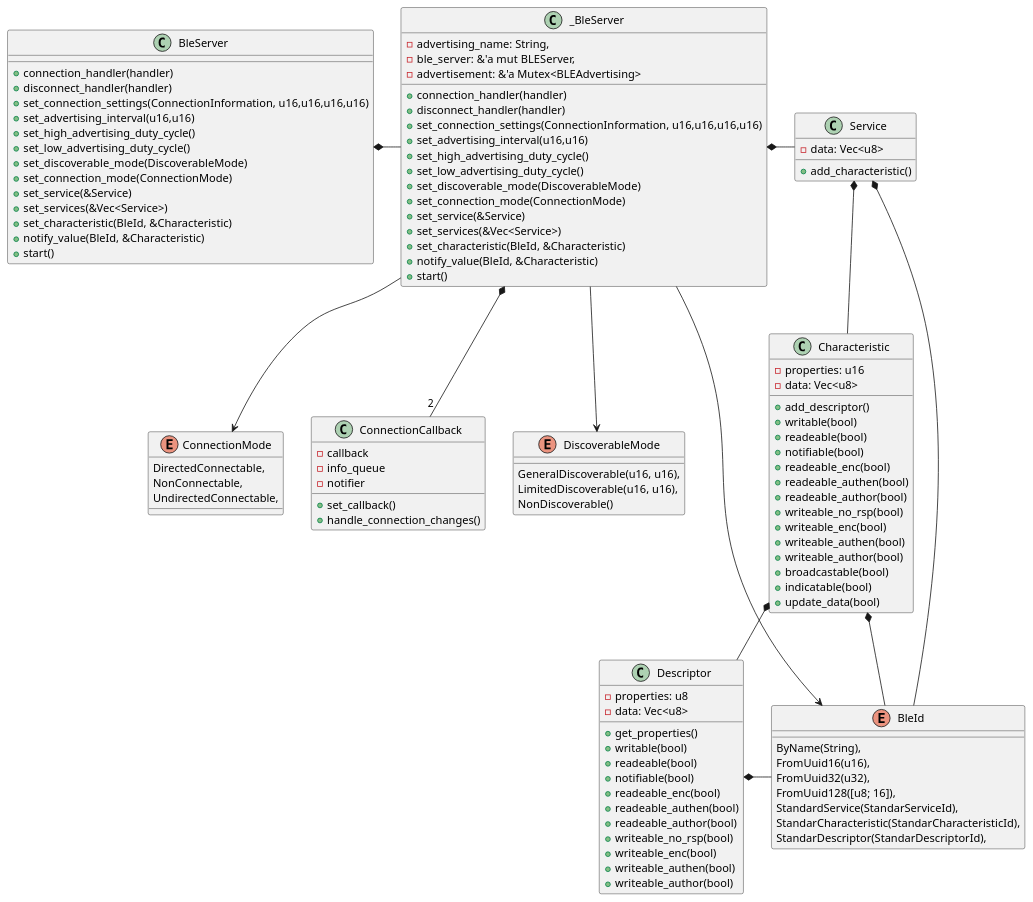
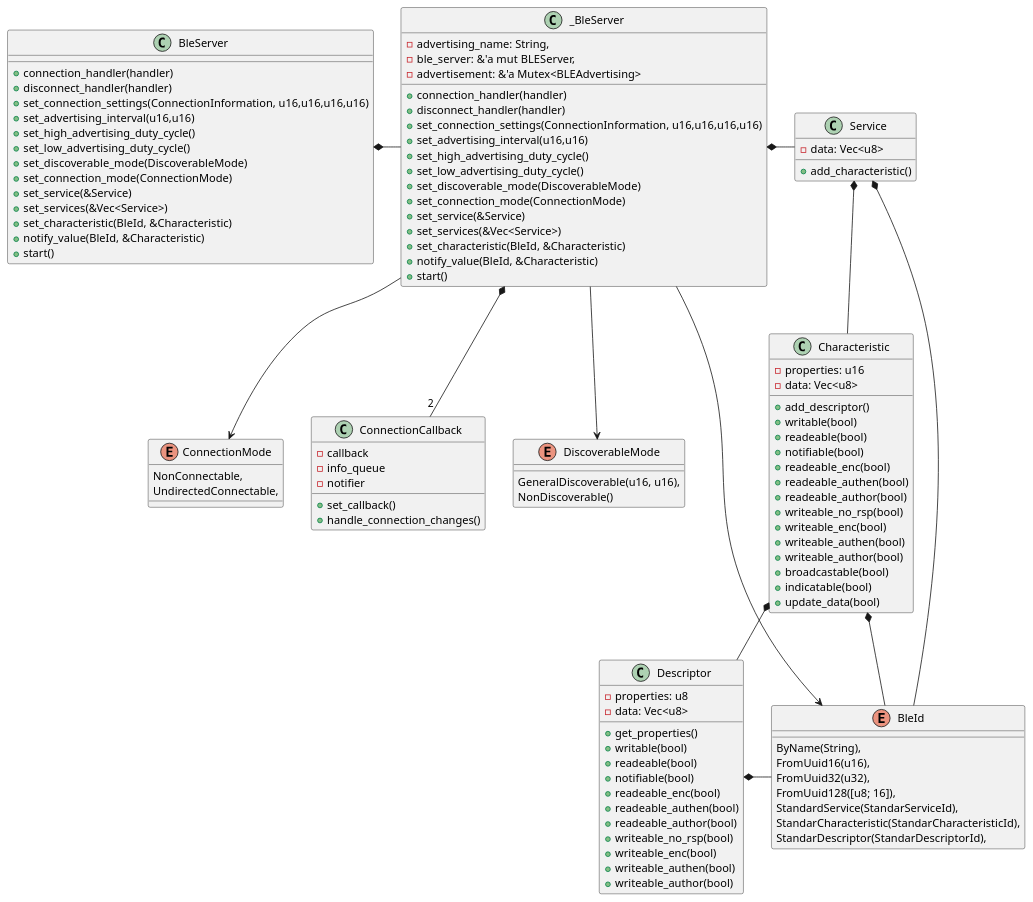
One commit to esp32framework/esp32framework changed the diagram in diagrams/ble-server.puml. Above: the diagram before and after it, drawn with PlantUML. The commit also changed 11 other files, not shown here.

```diff
--- a/diagrams/ble-server.puml
+++ b/diagrams/ble-server.puml
@@ -1,123 +1,121 @@
 @startuml Ble Server
 
 
 class BleServer{
     + connection_handler(handler)
     + disconnect_handler(handler)
     + set_connection_settings(ConnectionInformation, u16,u16,u16,u16)
     + set_advertising_interval(u16,u16)
     + set_high_advertising_duty_cycle()
     + set_low_advertising_duty_cycle()
     + set_discoverable_mode(DiscoverableMode)
     + set_connection_mode(ConnectionMode)
     + set_service(&Service)
     + set_services(&Vec<Service>)
     + set_characteristic(BleId, &Characteristic)
     + notify_value(BleId, &Characteristic)
     + start()
 }
 
 class _BleServer{
     - advertising_name: String,
     - ble_server: &'a mut BLEServer,
     - advertisement: &'a Mutex<BLEAdvertising>
     + connection_handler(handler)
     + disconnect_handler(handler)
     + set_connection_settings(ConnectionInformation, u16,u16,u16,u16)
     + set_advertising_interval(u16,u16)
     + set_high_advertising_duty_cycle()
     + set_low_advertising_duty_cycle()
     + set_discoverable_mode(DiscoverableMode)
     + set_connection_mode(ConnectionMode)
     + set_service(&Service)
     + set_services(&Vec<Service>)
     + set_characteristic(BleId, &Characteristic)
     + notify_value(BleId, &Characteristic)
     + start()
 }
 
 class ConnectionCallback{
     -callback
     -info_queue
     -notifier
     +set_callback()
     +handle_connection_changes()
 }
 
 class Service {
     - data: Vec<u8>
     + add_characteristic()
     
 } 
 
 class Characteristic{
     - properties: u16
     - data: Vec<u8>
     + add_descriptor()
     + writable(bool)
     + readeable(bool)
     + notifiable(bool)
     + readeable_enc(bool)
     + readeable_authen(bool)
     + readeable_author(bool)
     + writeable_no_rsp(bool)
     + writeable_enc(bool)
     + writeable_authen(bool)
     + writeable_author(bool)
     + broadcastable(bool)
     + indicatable(bool)
     + update_data(bool)
 }
 
 class Descriptor{
     - properties: u8
     - data: Vec<u8>
     + get_properties()
     + writable(bool)
     + readeable(bool)
     + notifiable(bool)
     + readeable_enc(bool)
     + readeable_authen(bool)
     + readeable_author(bool)
     + writeable_no_rsp(bool)
     + writeable_enc(bool)
     + writeable_authen(bool)
     + writeable_author(bool)
 }
 
 enum DiscoverableMode {
     GeneralDiscoverable(u16, u16),
-    LimitedDiscoverable(u16, u16), 
     NonDiscoverable()
 }
 
 enum ConnectionMode {
-    DirectedConnectable,
     NonConnectable,
     UndirectedConnectable,
 }
 
 enum BleId {
     ByName(String),
     FromUuid16(u16),
     FromUuid32(u32),
     FromUuid128([u8; 16]),
     StandardService(StandarServiceId),
     StandarCharacteristic(StandarCharacteristicId),
     StandarDescriptor(StandarDescriptorId),
 }
 
 BleServer *-right- _BleServer
 _BleServer *- Service
 _BleServer *-- "2" ConnectionCallback
 Service *-- Characteristic
 Characteristic  *-- Descriptor
 _BleServer --> DiscoverableMode
 _BleServer --> ConnectionMode
 _BleServer -> BleId
 Service *- BleId
 Characteristic *- BleId
 Descriptor *- BleId
 
 
 @enduml
```
